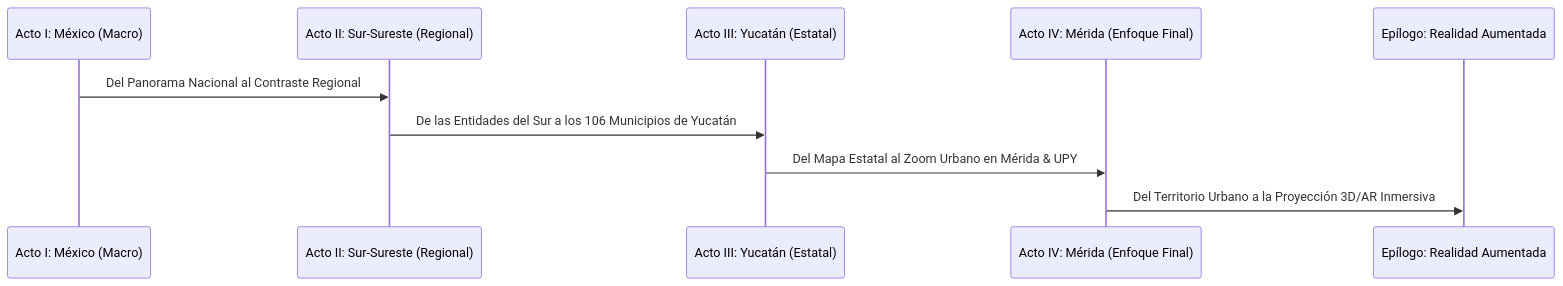
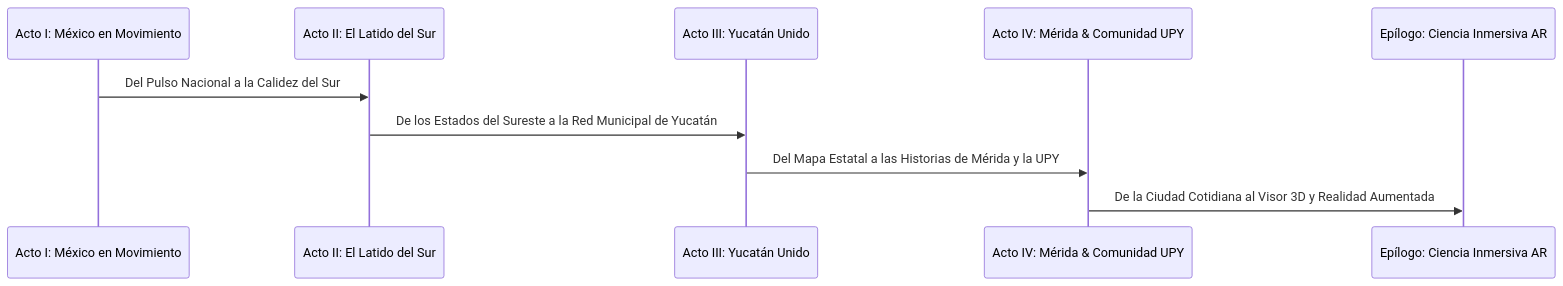
The second of 2 diagrams in FUENTES_Y_PLAN_DE_ANALISIS.md (RusselKu/Mexico-DataViz-by-UPY), drawn with Mermaid before and after one commit. The commit also changed other lines of this file, not shown here.

Commit message:
Cambio de enfoque en el story telling del dashboard y compatiblidad para impresion fisica

````diff
--- a/FUENTES_Y_PLAN_DE_ANALISIS.md
+++ b/FUENTES_Y_PLAN_DE_ANALISIS.md
@@ -96,13 +97,13 @@
 ```mermaid
 sequenceDiagram
-    participant ActoI as Acto I: México (Macro)
-    participant ActoII as Acto II: Sur-Sureste (Regional)
-    participant ActoIII as Acto III: Yucatán (Estatal)
-    participant ActoIV as Acto IV: Mérida (Enfoque Final)
-    participant AR as Epílogo: Realidad Aumentada
+    participant ActoI as Acto I: México en Movimiento
+    participant ActoII as Acto II: El Latido del Sur
+    participant ActoIII as Acto III: Yucatán Unido
+    participant ActoIV as Acto IV: Mérida & Comunidad UPY
+    participant AR as Epílogo: Ciencia Inmersiva AR
 
-    ActoI->>ActoII: Del Panorama Nacional al Contraste Regional
-    ActoII->>ActoIII: De las Entidades del Sur a los 106 Municipios de Yucatán
-    ActoIII->>ActoIV: Del Mapa Estatal al Zoom Urbano en Mérida & UPY
-    ActoIV->>AR: Del Territorio Urbano a la Proyección 3D/AR Inmersiva
+    ActoI->>ActoII: Del Pulso Nacional a la Calidez del Sur
+    ActoII->>ActoIII: De los Estados del Sureste a la Red Municipal de Yucatán
+    ActoIII->>ActoIV: Del Mapa Estatal a las Historias de Mérida y la UPY
+    ActoIV->>AR: De la Ciudad Cotidiana al Visor 3D y Realidad Aumentada
 ```
````
